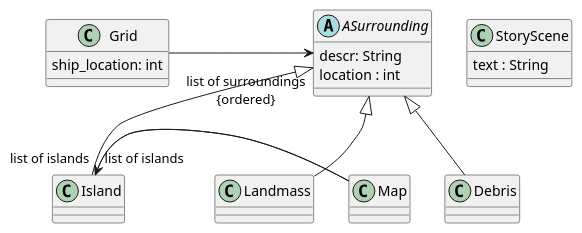
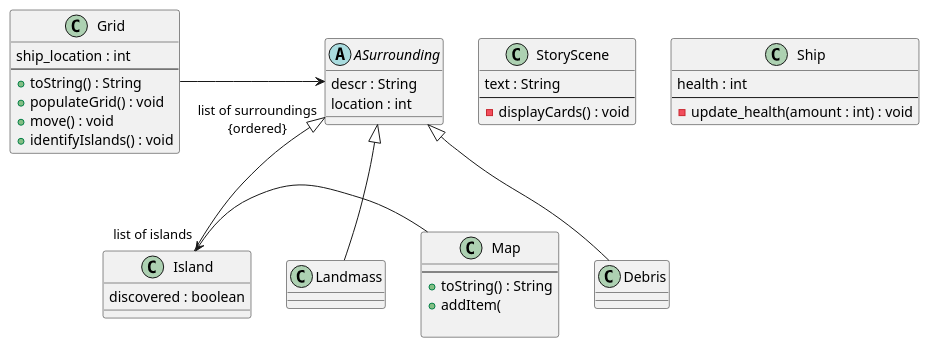
One commit to emutchek/MaraudersAtSea changed the diagram in CMPU_203_PirateGame/doc/design.md. Above: the diagram before and after it, drawn with PlantUML. The commit also changed other lines of this file, not shown here.

Commit message:
edited class design

````diff
--- a/CMPU_203_PirateGame/doc/design.md
+++ b/CMPU_203_PirateGame/doc/design.md
@@ -1,29 +1,49 @@
 ```PlantUML
 @startuml
 
 class Grid {
-    ship_location: int
+    ship_location : int
+    --
+    +toString() : String
+    +populateGrid() : void
+    +move() : void
+    +identifyIslands() : void
 }
 Grid ->  "\nlist of surroundings\n{ordered}" ASurrounding : \t\t\t\t
 
 abstract class ASurrounding {
-    descr: String
+    descr : String
     location : int 
 }
 ASurrounding <|-- Island
 ASurrounding <|-- Landmass
 ASurrounding <|-- Debris
 
 class Landmass {}
 class Debris {}
-class Island {}
+class Island {
+    discovered : boolean
+}
 
-class Map {}
+
+class Map {
+--
+    +toString() : String
+    +addItem(
+
+}
 Map ->  "\nlist of islands" Island : \t\t\t\t
 
 class StoryScene {
     text : String
+    --
+    -displayCards() : void
 }
-Map ->  "\nlist of islands" Island : \t\t\t\t
+
+class Ship {
+    health : int
+    --
+    -update_health(amount : int) : void
+}
 @enduml
 ```
````
